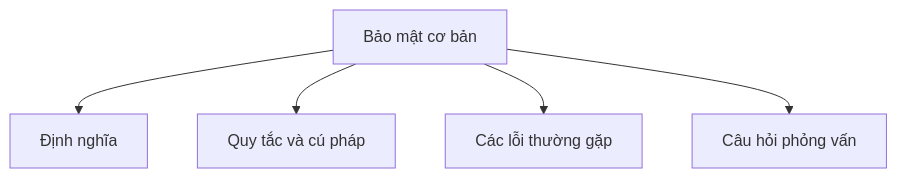
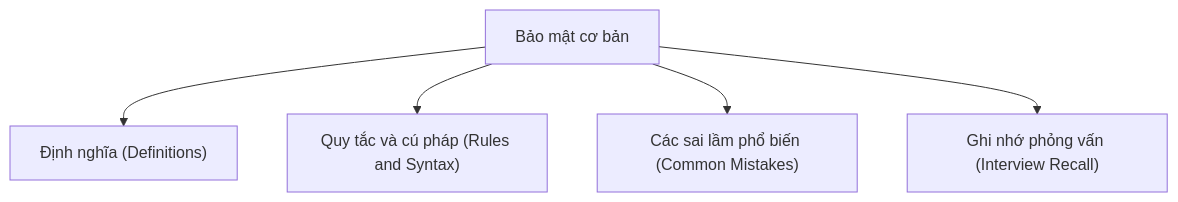
One commit to PhuThien2005/theoretical-of-java-core changed the diagram in vi/36-security-basic/README.md. Above: the diagram before and after it, drawn with Mermaid. The commit also changed other lines of this file and 229 other files, not shown here.

````diff
--- a/vi/36-security-basic/README.md
+++ b/vi/36-security-basic/README.md
@@ -46,7 +47,7 @@
 ```mermaid
 flowchart TD
-    A[Bảo mật cơ bản] --> B[Định nghĩa]
-    A --> C[Quy tắc và cú pháp]
-    A --> D[Các lỗi thường gặp]
-    A --> E[Câu hỏi phỏng vấn]
+    A[Bảo mật cơ bản] --> B["Định nghĩa (Definitions)"]
+    A --> C["Quy tắc và cú pháp (Rules and Syntax)"]
+    A --> D["Các sai lầm phổ biến (Common Mistakes)"]
+    A --> E["Ghi nhớ phỏng vấn (Interview Recall)"]
 ```
````
